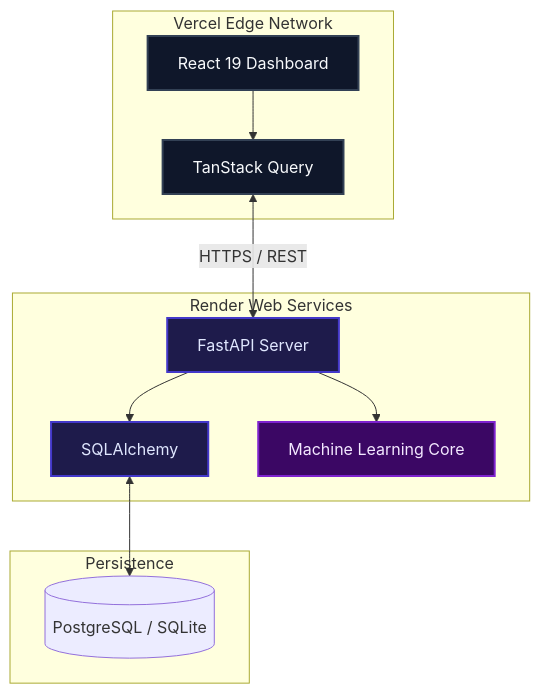
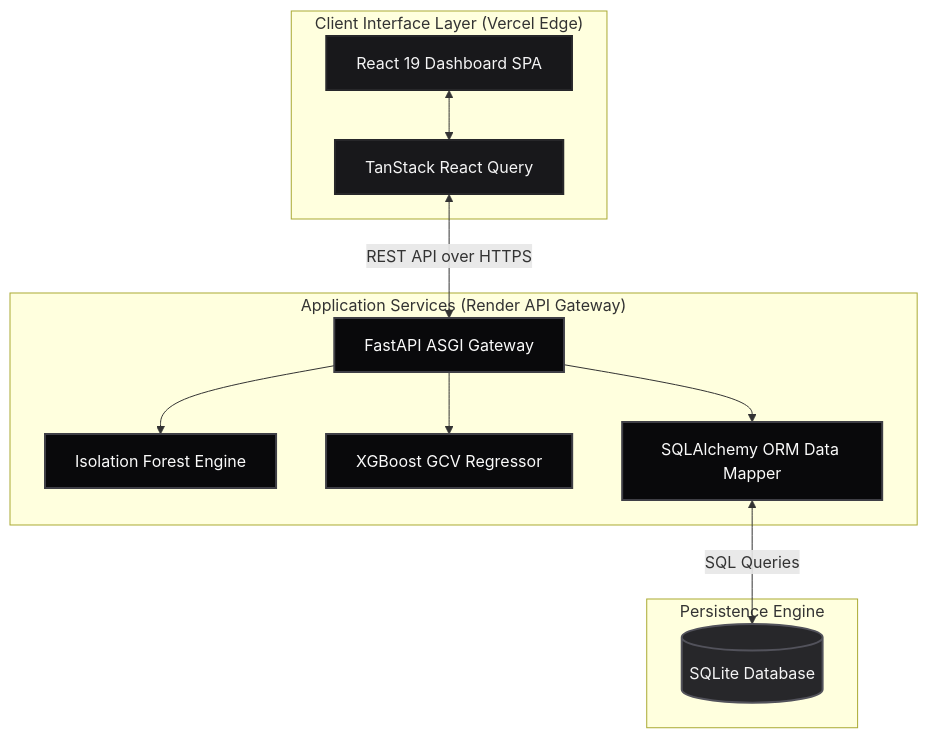
The first of 4 diagrams in README.md (shekharsameer2308/Analyzer), drawn with Mermaid before and after one commit. The commit also changed other lines of this file and 9 other files, not shown here.

Commit message:
docs: revamp README for enterprise tone and integrate XGBoost GCV predictor UI & backend endpoint

````diff
--- a/README.md
+++ b/README.md
@@ -50,26 +19,34 @@
 ```mermaid
 graph TD
-    classDef client fill:#0f172a,stroke:#334155,stroke-width:2px,color:#f8fafc;
-    classDef gateway fill:#1e1b4b,stroke:#4338ca,stroke-width:2px,color:#e0e7ff;
-    classDef engine fill:#3b0764,stroke:#7e22ce,stroke-width:2px,color:#f3e8ff;
-
-    subgraph Client [Vercel Edge Network]
-        UI[React 19 Dashboard] --> State[TanStack Query]
+    classDef client fill:#18181b,stroke:#27272a,stroke-width:2px,color:#f4f4f5;
+    classDef service fill:#09090b,stroke:#3f3f46,stroke-width:2px,color:#fafafa;
+    classDef db fill:#27272a,stroke:#52525b,stroke-width:2px,color:#f4f4f5;
+    
+    subgraph ClientLayer ["Client Interface Layer (Vercel Edge)"]
+        UI["React 19 Dashboard SPA"]
+        State["TanStack React Query"]
+        UI <--> State
     end
 
-    subgraph Server [Render Web Services]
-        API[FastAPI Server] --> ORM[SQLAlchemy]
-        API --> ML[Machine Learning Core]
+    subgraph ServiceLayer ["Application Services (Render API Gateway)"]
+        Gateway["FastAPI ASGI Gateway"]
+        MLAnomaly["Isolation Forest Engine"]
+        MLPredictor["XGBoost GCV Regressor"]
+        ORM["SQLAlchemy ORM Data Mapper"]
+        
+        Gateway --> MLAnomaly
+        Gateway --> MLPredictor
+        Gateway --> ORM
     end
 
-    subgraph Database [Persistence]
-        DB[(PostgreSQL / SQLite)]
+    subgraph PersistenceLayer ["Persistence Engine"]
+        SQLiteDB[("SQLite Database")]
     end
 
-    State <-->|HTTPS / REST| API
-    ORM <--> DB
+    State <-->|REST API over HTTPS| Gateway
+    ORM <-->|SQL Queries| SQLiteDB
 
     class UI,State client;
-    class API,ORM gateway;
-    class ML engine;
+    class Gateway,MLAnomaly,MLPredictor,ORM service;
+    class SQLiteDB db;
 ```
````
